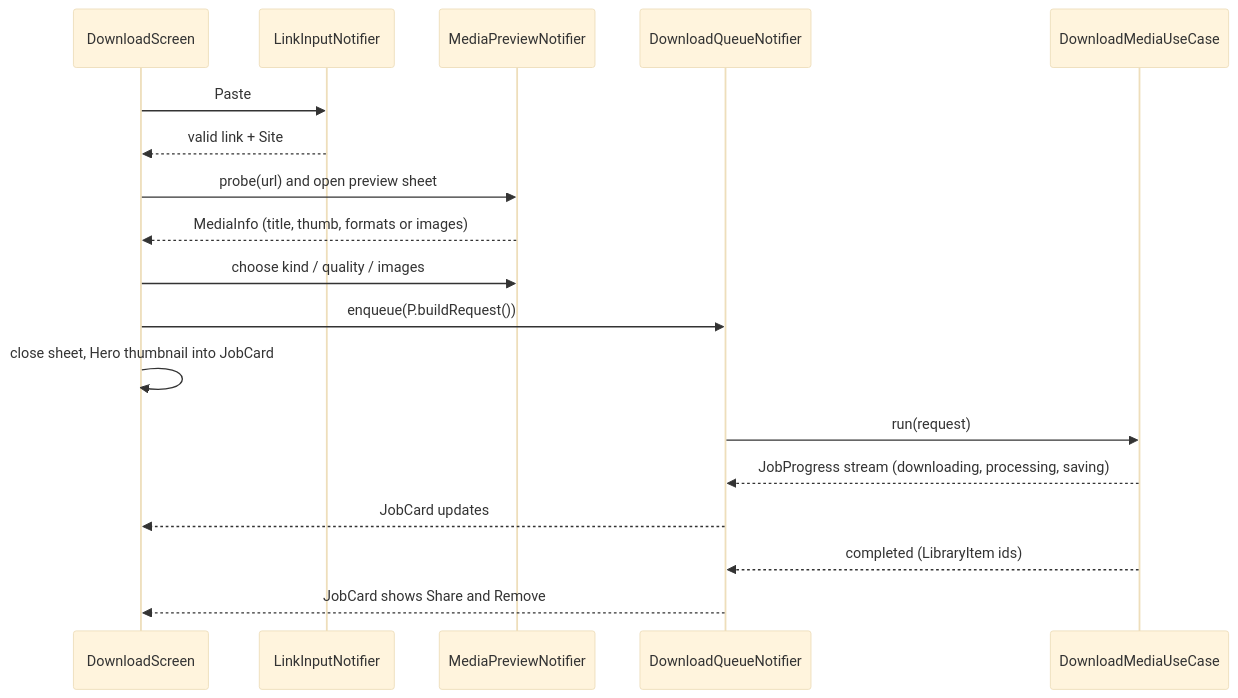
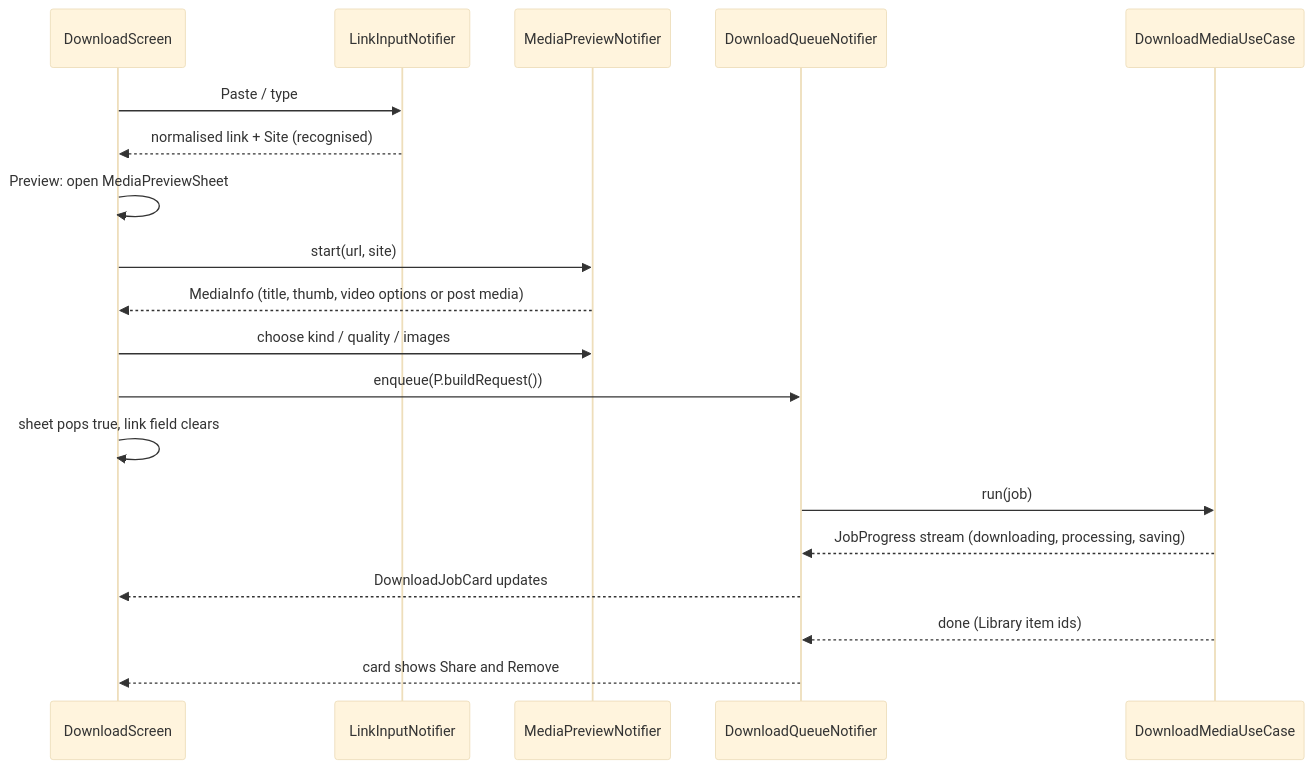
One commit to gaurishankar007/Flutter-Media-Downloader changed the diagram in docs/features/download.md. Above: the diagram before and after it, drawn with Mermaid (base theme). The commit also changed other lines of this file and 53 other files, not shown here.

````diff
--- a/docs/features/download.md
+++ b/docs/features/download.md
@@ -38,20 +42,21 @@
 ```mermaid
 sequenceDiagram
     participant V as DownloadScreen
     participant L as LinkInputNotifier
     participant P as MediaPreviewNotifier
     participant Q as DownloadQueueNotifier
     participant U as DownloadMediaUseCase
-    V->>L: Paste
-    L-->>V: valid link + Site
-    V->>P: probe(url) and open preview sheet
-    P-->>V: MediaInfo (title, thumb, formats or images)
+    V->>L: Paste / type
+    L-->>V: normalised link + Site (recognised)
+    V->>V: Preview: open MediaPreviewSheet
+    V->>P: start(url, site)
+    P-->>V: MediaInfo (title, thumb, video options or post media)
     V->>P: choose kind / quality / images
     V->>Q: enqueue(P.buildRequest())
-    V->>V: close sheet, Hero thumbnail into JobCard
-    Q->>U: run(request)
+    V->>V: sheet pops true, link field clears
+    Q->>U: run(job)
     U-->>Q: JobProgress stream (downloading, processing, saving)
-    Q-->>V: JobCard updates
-    U-->>Q: completed (LibraryItem ids)
-    Q-->>V: JobCard shows Share and Remove
+    Q-->>V: DownloadJobCard updates
+    U-->>Q: done (Library item ids)
+    Q-->>V: card shows Share and Remove
 ```
````
